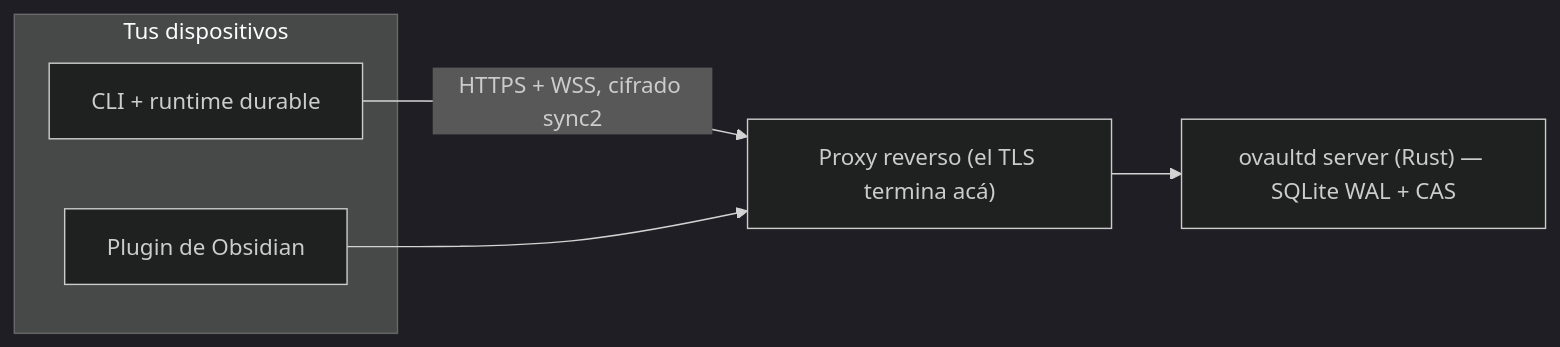
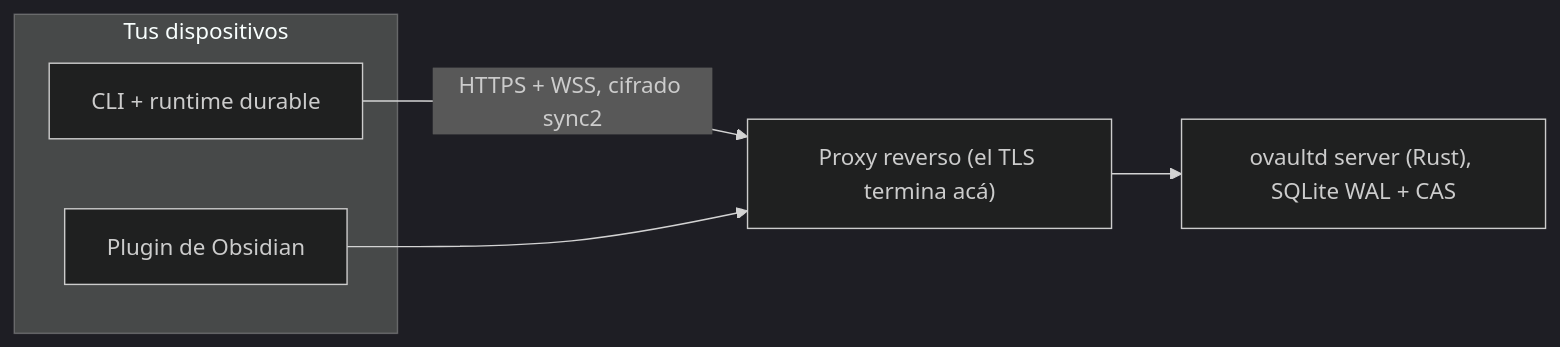
The diagram in README.es.md (kastormdz/ovaultd), drawn with Mermaid (dark theme) before and after one commit. The commit also changed other lines of this file and 3 other files, not shown here.

````diff
--- a/README.es.md
+++ b/README.es.md
@@ -26,10 +23,10 @@
 ```mermaid
 flowchart LR
     subgraph devices [Tus dispositivos]
         CLI["CLI + runtime durable"]
         P["Plugin de Obsidian"]
     end
     CLI -- "HTTPS + WSS, cifrado sync2" --> RP["Proxy reverso (el TLS termina acá)"]
     P --> RP
-    RP --> S["ovaultd server (Rust) — SQLite WAL + CAS"]
+    RP --> S["ovaultd server (Rust), SQLite WAL + CAS"]
 ```
````
